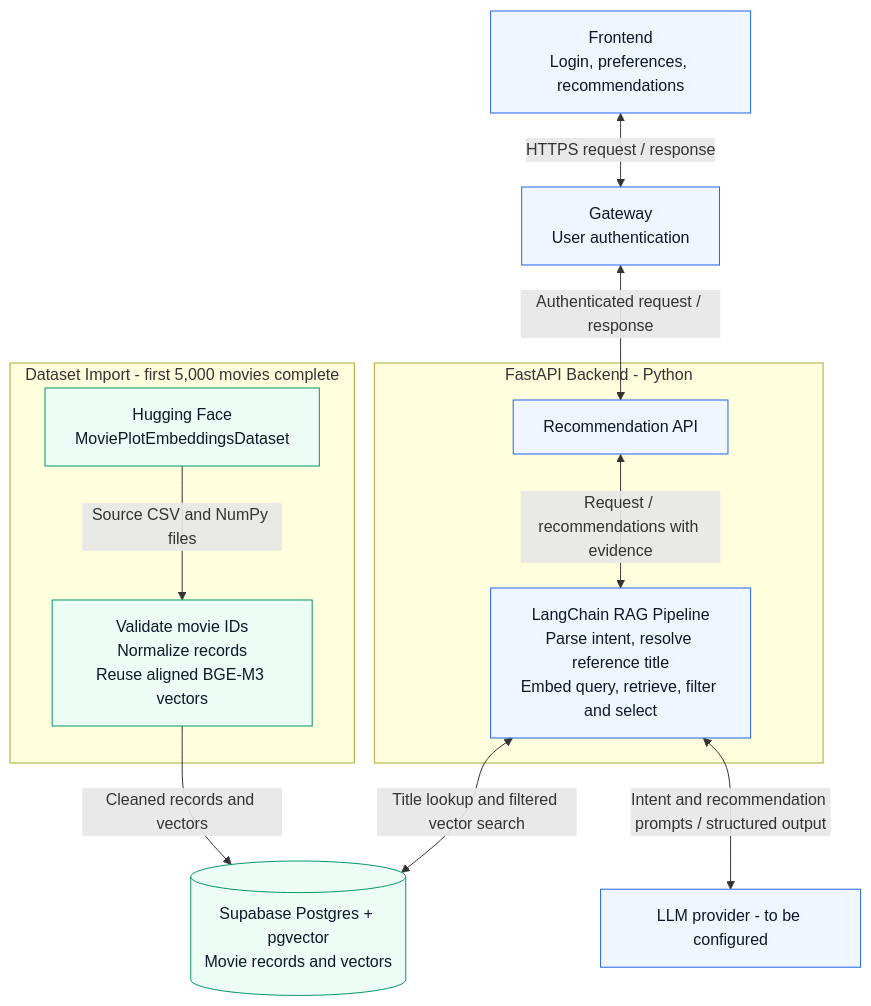
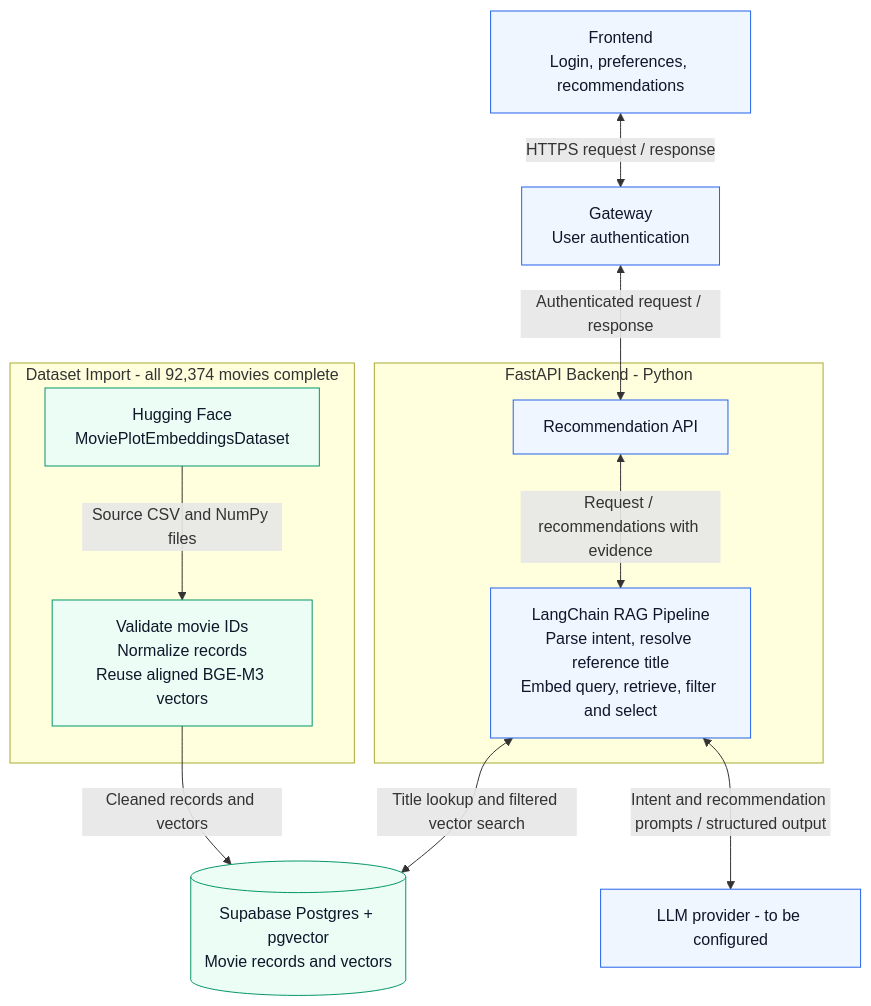
The diagram in docs/project-plan.md (Ed1sonL1-byte/v-me-50), drawn with Mermaid before and after one commit. The commit also changed other lines of this file and 8 other files, not shown here.

Commit message:
Import complete movie catalog and index vectors for Free Plan

````diff
--- a/docs/project-plan.md
+++ b/docs/project-plan.md
@@ -18,26 +18,26 @@
 ```mermaid
 flowchart TB
     frontend["Frontend<br/>Login, preferences, recommendations"]
     gateway["Gateway<br/>User authentication"]
     subgraph backend["FastAPI Backend - Python"]
         api["Recommendation API"]
         chain["LangChain RAG Pipeline<br/>Parse intent, resolve reference title<br/>Embed query, retrieve, filter and select"]
         api <-->|Request / recommendations with evidence| chain
     end
     frontend <-->|HTTPS request / response| gateway
     gateway <-->|Authenticated request / response| api
     chain <-->|Title lookup and filtered vector search| postgres[("Supabase Postgres + pgvector<br/>Movie records and vectors")]
     chain <-->|Intent and recommendation prompts / structured output| llm["LLM provider - to be configured"]
 
-    subgraph ingestion["Dataset Import - first 5,000 movies complete"]
+    subgraph ingestion["Dataset Import - all 92,374 movies complete"]
         dataset["Hugging Face<br/>MoviePlotEmbeddingsDataset"]
         clean["Validate movie IDs<br/>Normalize records<br/>Reuse aligned BGE-M3 vectors"]
         dataset -->|Source CSV and NumPy files| clean
     end
     clean -->|Cleaned records and vectors| postgres
 
     classDef service fill:#eff6ff,stroke:#2563eb,color:#0f172a
     classDef data fill:#ecfdf5,stroke:#059669,color:#0f172a
     class frontend,gateway,api,chain,llm service
     class postgres,dataset,clean data
 ```
````
